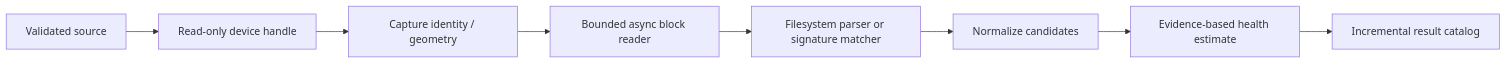
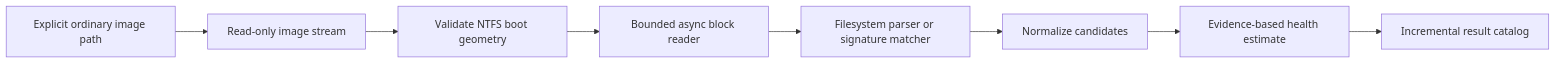
The second of 2 diagrams in docs/architecture.md (sonquocvu/data-recovery), drawn with Mermaid before and after one commit. The commit also changed other lines of this file and 24 other files, not shown here.

````diff
--- a/docs/architecture.md
+++ b/docs/architecture.md
@@ -55,10 +55,10 @@
 ```mermaid
 flowchart LR
-  Select[Validated source] --> Open[Read-only device handle]
-  Open --> Snapshot[Capture identity / geometry]
+  Select[Explicit ordinary image path] --> Open[Read-only image stream]
+  Open --> Snapshot[Validate NTFS boot geometry]
   Snapshot --> Reader[Bounded async block reader]
   Reader --> Parser[Filesystem parser or signature matcher]
   Parser --> Normalize[Normalize candidates]
   Normalize --> Estimate[Evidence-based health estimate]
   Estimate --> Catalog[Incremental result catalog]
 ```
````
